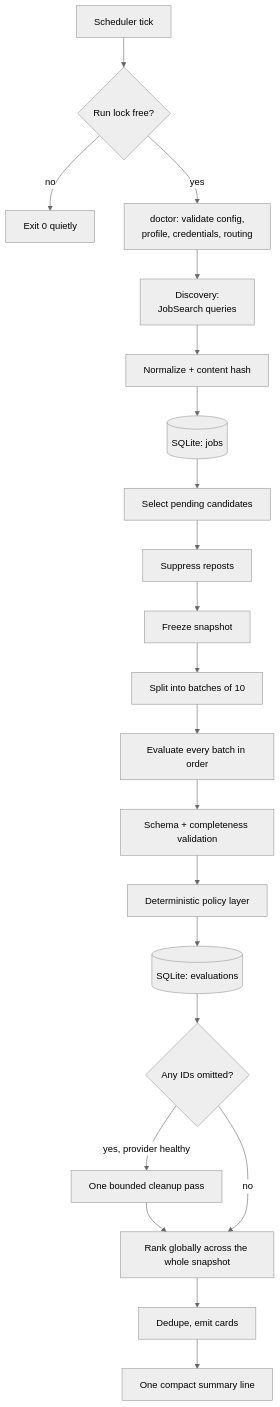
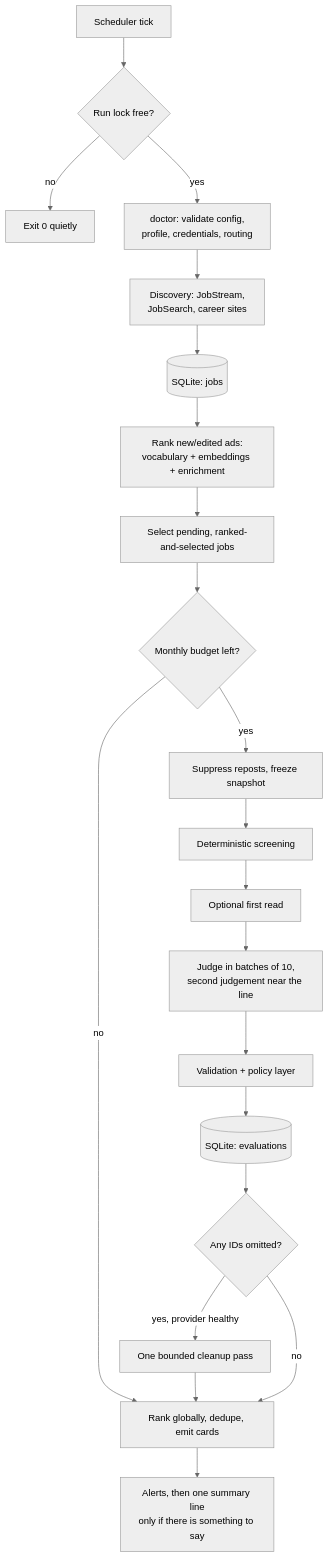
One commit to Aminhashemi-su/RoleLens changed the first of 3 diagrams in docs/architecture.md. Above: the diagram before and after it, drawn with Mermaid (neutral theme). The commit also changed other lines of this file and 17 other files, not shown here.

First line of the commit message:
RoleLens 2.0: read the whole market, rank before judging

````diff
--- a/docs/architecture.md
+++ b/docs/architecture.md
@@ -14,23 +20,23 @@
 ```mermaid
 flowchart TD
     CRON[Scheduler tick] --> LOCK{Run lock free?}
     LOCK -- no --> QUIET[Exit 0 quietly]
     LOCK -- yes --> DOCTOR[doctor: validate config,<br/>profile, credentials, routing]
-    DOCTOR --> FETCH[Discovery:<br/>JobSearch queries]
-    FETCH --> NORM[Normalize + content hash]
-    NORM --> UPSERT[(SQLite: jobs)]
-    UPSERT --> SELECT[Select pending candidates]
-    SELECT --> DEDUPE[Suppress reposts]
-    DEDUPE --> FREEZE[Freeze snapshot]
-    FREEZE --> BATCH[Split into batches of 10]
-    BATCH --> EVAL[Evaluate every batch in order]
-    EVAL --> VALIDATE[Schema + completeness validation]
-    VALIDATE --> POLICY[Deterministic policy layer]
+    DOCTOR --> DISCOVER[Discovery: JobStream,<br/>JobSearch, career sites]
+    DISCOVER --> UPSERT[(SQLite: jobs)]
+    UPSERT --> RANK[Rank new/edited ads:<br/>vocabulary + embeddings + enrichment]
+    RANK --> SELECT[Select pending, ranked-and-selected jobs]
+    SELECT --> BUDGET{Monthly budget left?}
+    BUDGET -- no --> NOTIFY
+    BUDGET -- yes --> DEDUPE[Suppress reposts, freeze snapshot]
+    DEDUPE --> SCREEN[Deterministic screening]
+    SCREEN --> TRIAGE[Optional first read]
+    TRIAGE --> EVAL[Judge in batches of 10,<br/>second judgement near the line]
+    EVAL --> POLICY[Validation + policy layer]
     POLICY --> STORE[(SQLite: evaluations)]
     STORE --> CLEAN{Any IDs omitted?}
     CLEAN -- yes, provider healthy --> RETRY[One bounded cleanup pass]
-    RETRY --> RANK
-    CLEAN -- no --> RANK[Rank globally across the whole snapshot]
-    RANK --> NOTIFY[Dedupe, emit cards]
-    NOTIFY --> SUMMARY[One compact summary line]
+    RETRY --> NOTIFY
+    CLEAN -- no --> NOTIFY[Rank globally, dedupe, emit cards]
+    NOTIFY --> SUMMARY[Alerts, then one summary line<br/>only if there is something to say]
 ```
````
